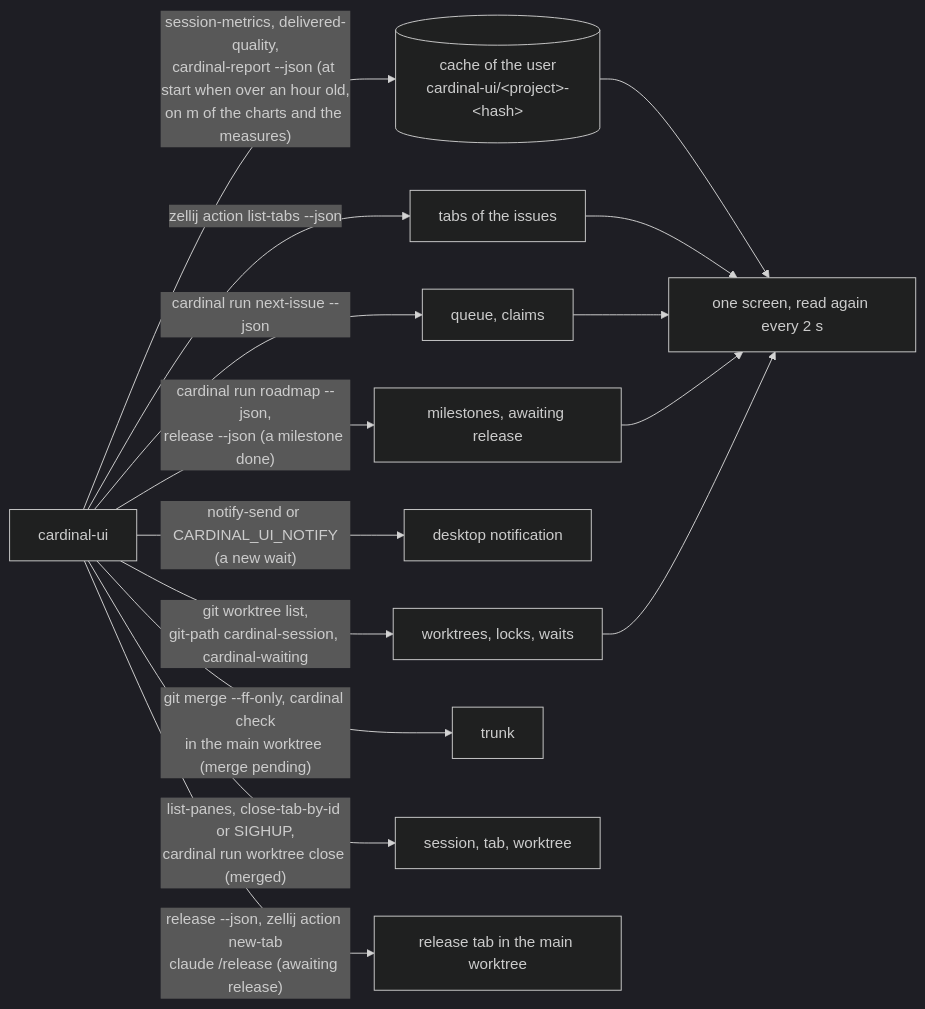
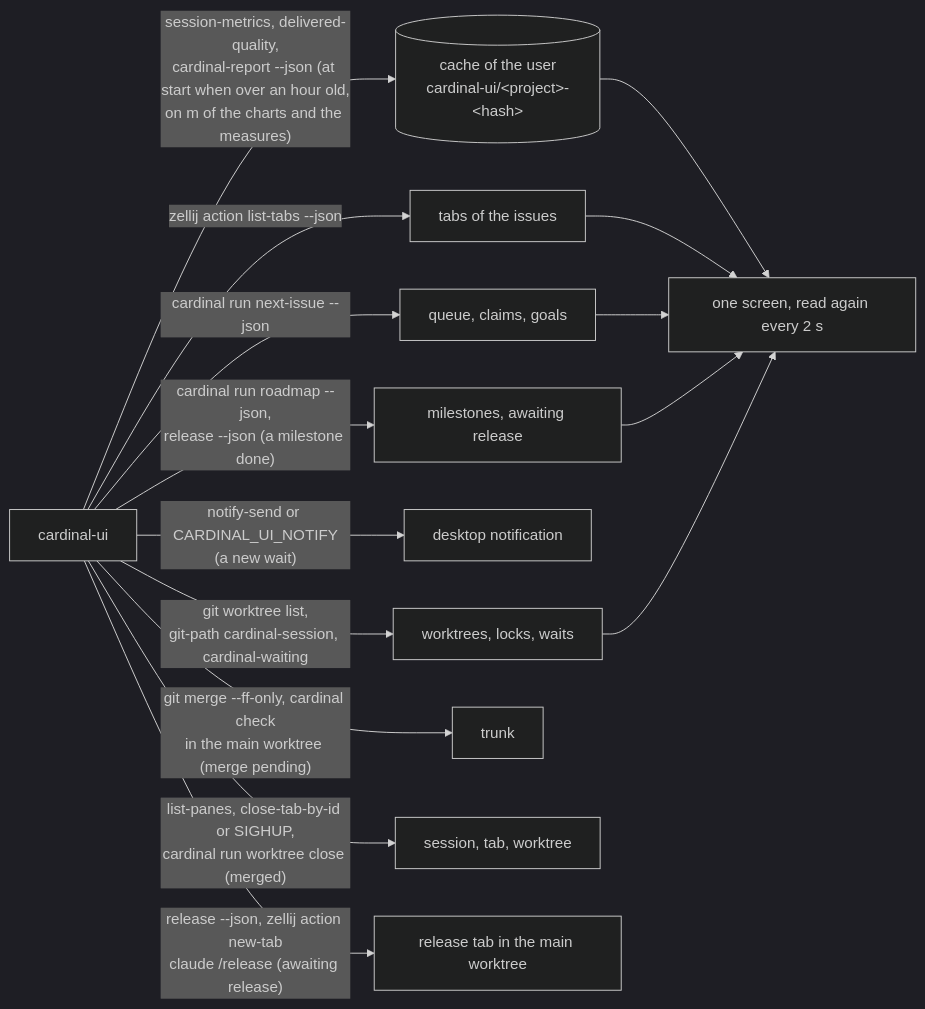
One commit to Electron-libre/cardinal changed the third of 3 diagrams in docs/architecture.md. Above: the diagram before and after it, drawn with Mermaid (dark theme). The commit also changed 11 other files, not shown here.

````diff
--- a/docs/architecture.md
+++ b/docs/architecture.md
@@ -253,17 +253,17 @@
 ```mermaid
 flowchart LR
-  ui["cardinal-ui"] -->|"cardinal run next-issue --json"| queue["queue, claims"]
+  ui["cardinal-ui"] -->|"cardinal run next-issue --json"| queue["queue, claims, goals"]
   ui -->|"cardinal run roadmap --json,<br/>release --json (a milestone done)"| milestones["milestones, awaiting release"]
   ui -->|"git worktree list,<br/>git-path cardinal-session, cardinal-waiting"| worktrees["worktrees, locks, waits"]
   ui -->|"zellij action list-tabs --json"| tabs["tabs of the issues"]
   ui -->|"notify-send or CARDINAL_UI_NOTIFY<br/>(a new wait)"| desktop["desktop notification"]
   ui -->|"session-metrics, delivered-quality,<br/>cardinal-report --json (at start when over an hour old,<br/>on m of the charts and the measures)"| cache[("cache of the user<br/>cardinal-ui/&lt;project&gt;-&lt;hash&gt;")]
   ui -->|"git merge --ff-only, cardinal check<br/>in the main worktree (merge pending)"| trunk["trunk"]
   ui -->|"list-panes, close-tab-by-id or SIGHUP,<br/>cardinal run worktree close (merged)"| ended["session, tab, worktree"]
   ui -->|"release --json, zellij action new-tab<br/>claude /release (awaiting release)"| release["release tab in the main worktree"]
   cache --> screen
   tabs --> screen
   queue --> screen["one screen, read again every 2 s"]
   milestones --> screen
   worktrees --> screen
 ```
````
